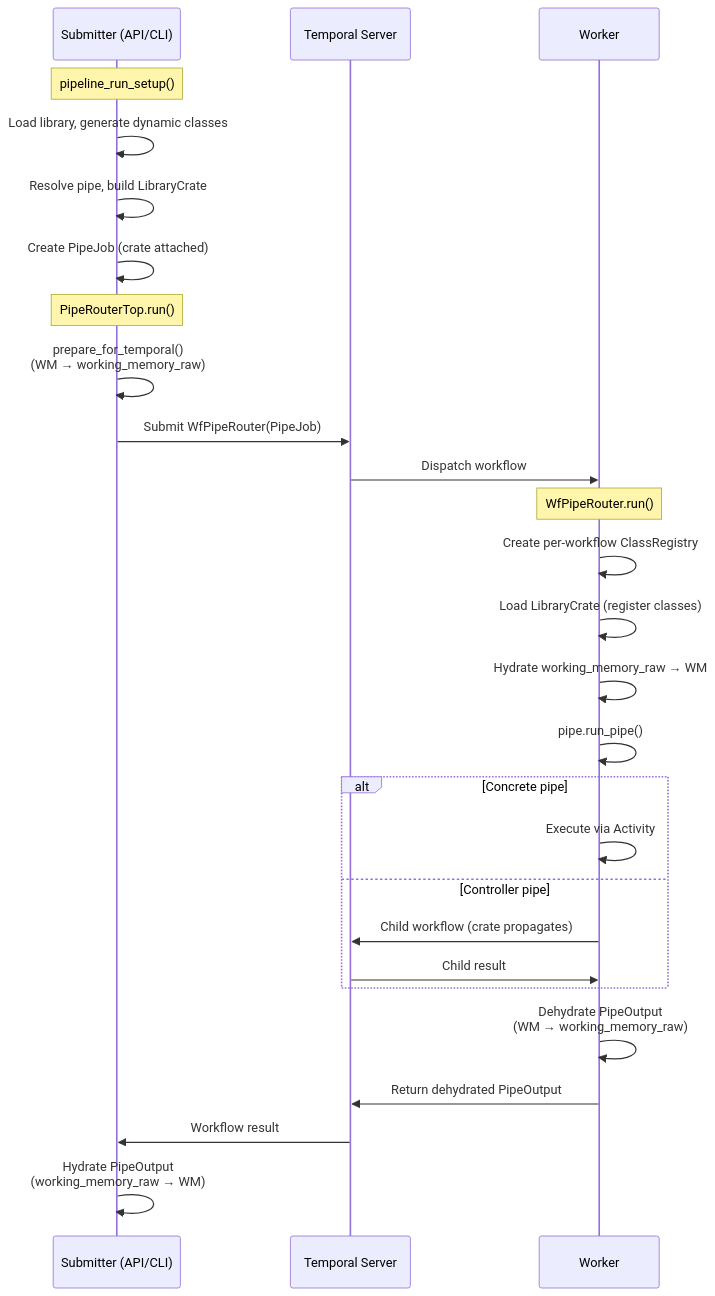
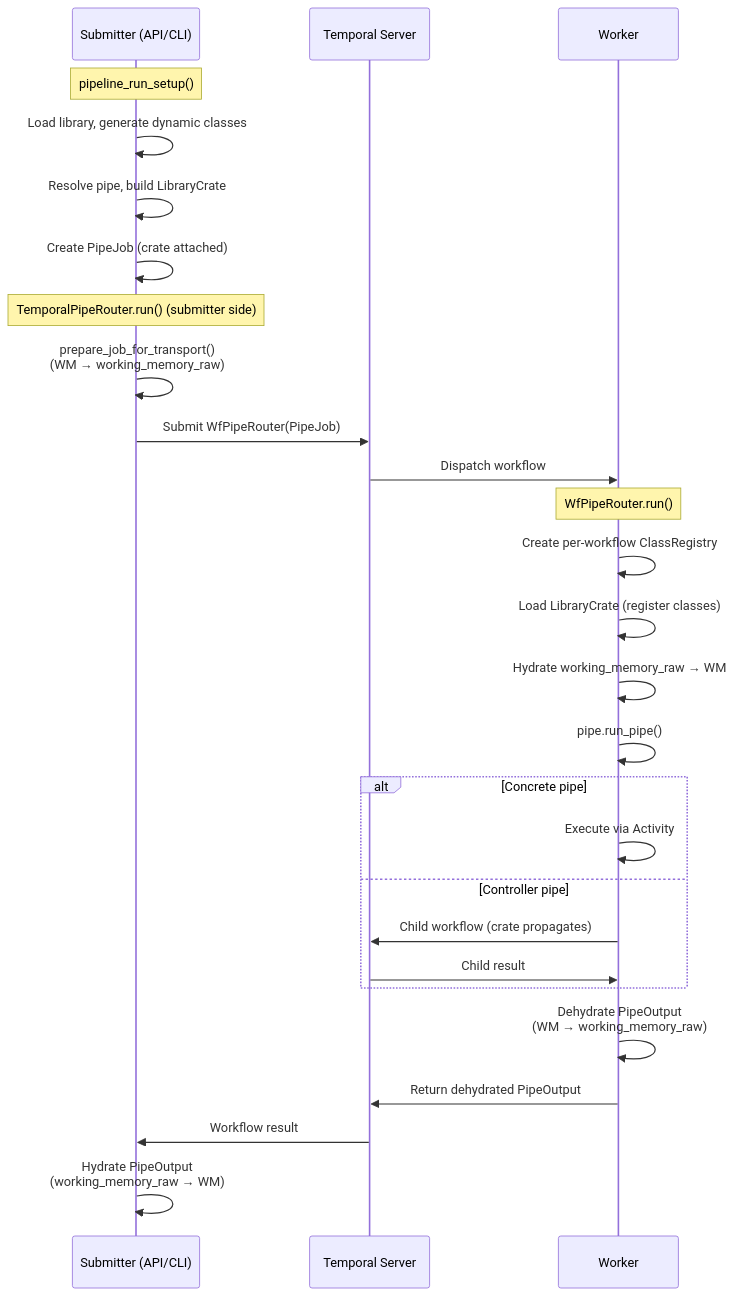
Before and after one commit to Pipelex/pipelex: the first of 2 diagrams in docs/under-the-hood/pipe-routing-and-execution.md, drawn with Mermaid. The commit also changed other lines of this file and 458 other files, not shown here.

````diff
--- a/docs/under-the-hood/pipe-routing-and-execution.md
+++ b/docs/under-the-hood/pipe-routing-and-execution.md
@@ -177,34 +178,34 @@
 ```mermaid
 sequenceDiagram
     participant S as Submitter (API/CLI)
     participant T as Temporal Server
     participant W as Worker
 
     Note over S: pipeline_run_setup()
     S->>S: Load library, generate dynamic classes
     S->>S: Resolve pipe, build LibraryCrate
     S->>S: Create PipeJob (crate attached)
 
-    Note over S: PipeRouterTop.run()
-    S->>S: prepare_for_temporal()<br/>(WM → working_memory_raw)
+    Note over S: TemporalPipeRouter.run() (submitter side)
+    S->>S: prepare_job_for_transport()<br/>(WM → working_memory_raw)
     S->>T: Submit WfPipeRouter(PipeJob)
     T->>W: Dispatch workflow
 
     Note over W: WfPipeRouter.run()
     W->>W: Create per-workflow ClassRegistry
     W->>W: Load LibraryCrate (register classes)
     W->>W: Hydrate working_memory_raw → WM
     W->>W: pipe.run_pipe()
 
     alt Concrete pipe
         W->>W: Execute via Activity
     else Controller pipe
         W->>T: Child workflow (crate propagates)
         T->>W: Child result
     end
 
     W->>W: Dehydrate PipeOutput<br/>(WM → working_memory_raw)
     W->>T: Return dehydrated PipeOutput
     T->>S: Workflow result
     S->>S: Hydrate PipeOutput<br/>(working_memory_raw → WM)
 ```
````
